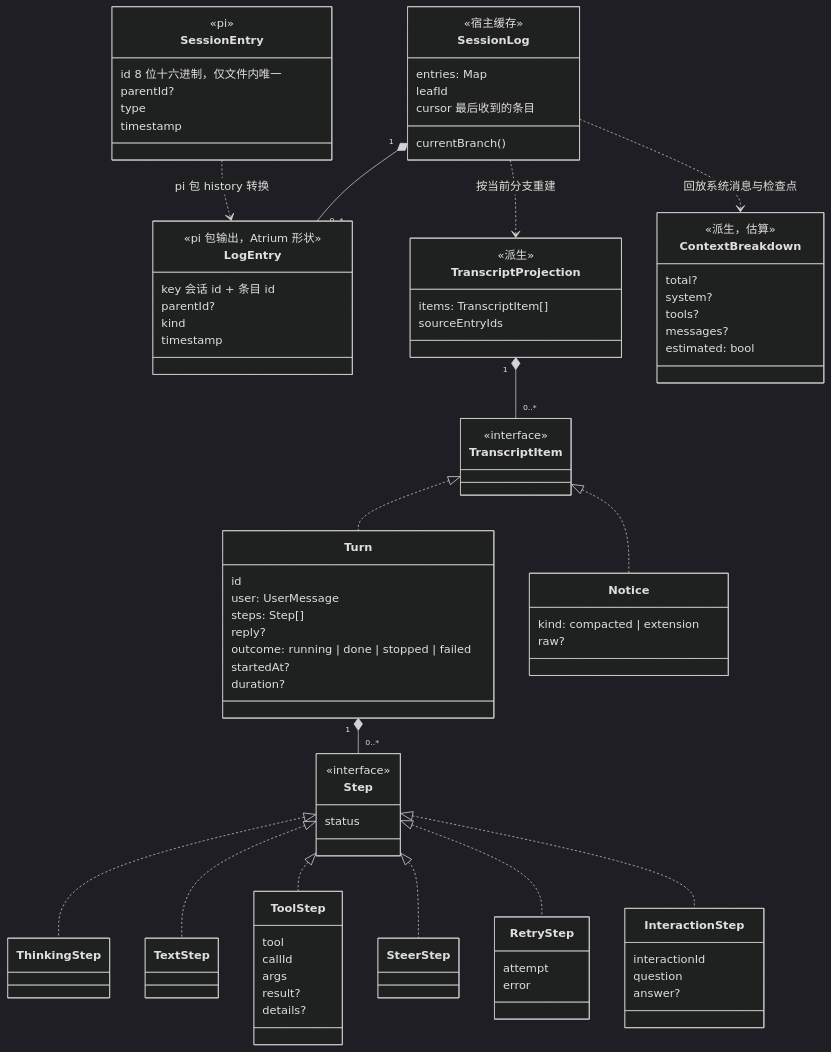
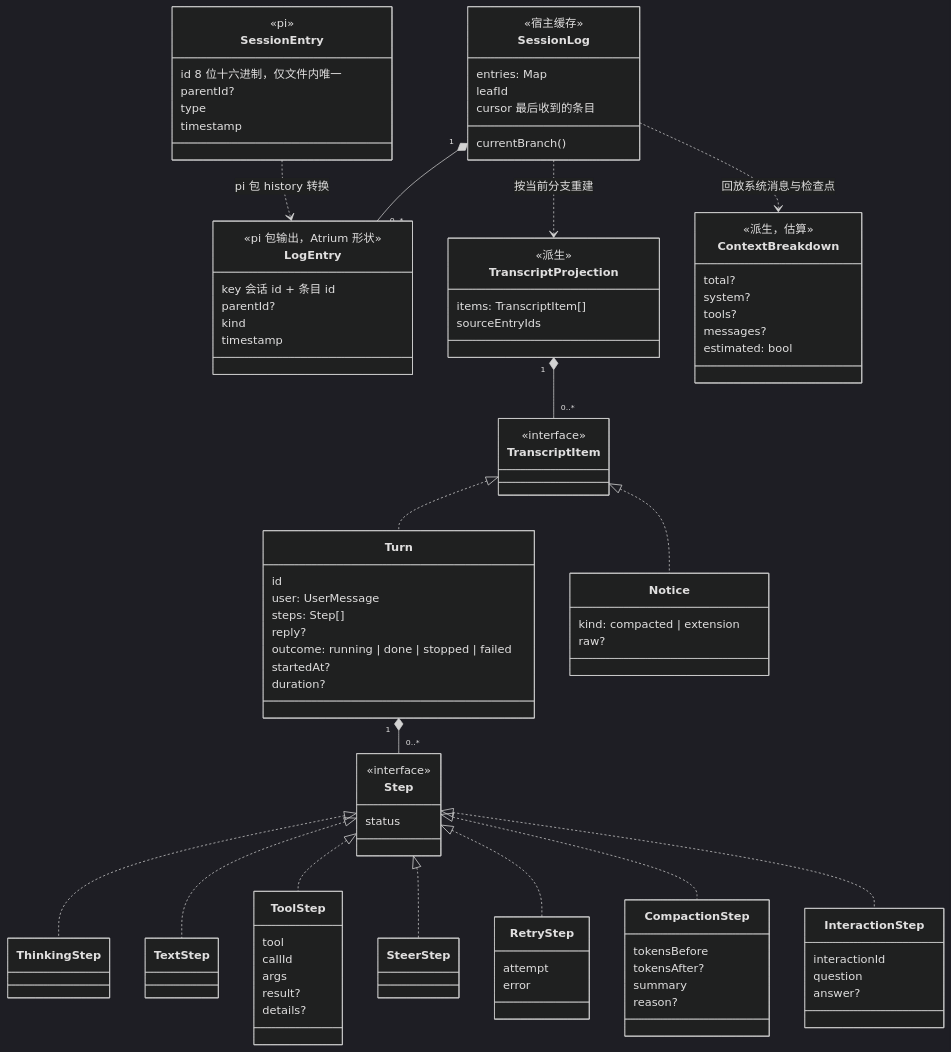
The second of 7 diagrams in docs/architecture/domain-model.md (Wan-Kai/atrium), drawn with Mermaid (dark theme) before and after one commit. The commit also changed other lines of this file and 39 other files, not shown here.

````diff
--- a/docs/architecture/domain-model.md
+++ b/docs/architecture/domain-model.md
@@ -228,6 +229,12 @@
       attempt
       error
     }
+    class CompactionStep {
+      tokensBefore
+      tokensAfter?
+      summary
+      reason?
+    }
     class InteractionStep {
       interactionId
       question
@@ -247,5 +254,6 @@
     Step <|.. ToolStep
     Step <|.. SteerStep
     Step <|.. RetryStep
+    Step <|.. CompactionStep
     Step <|.. InteractionStep
 ```
````
